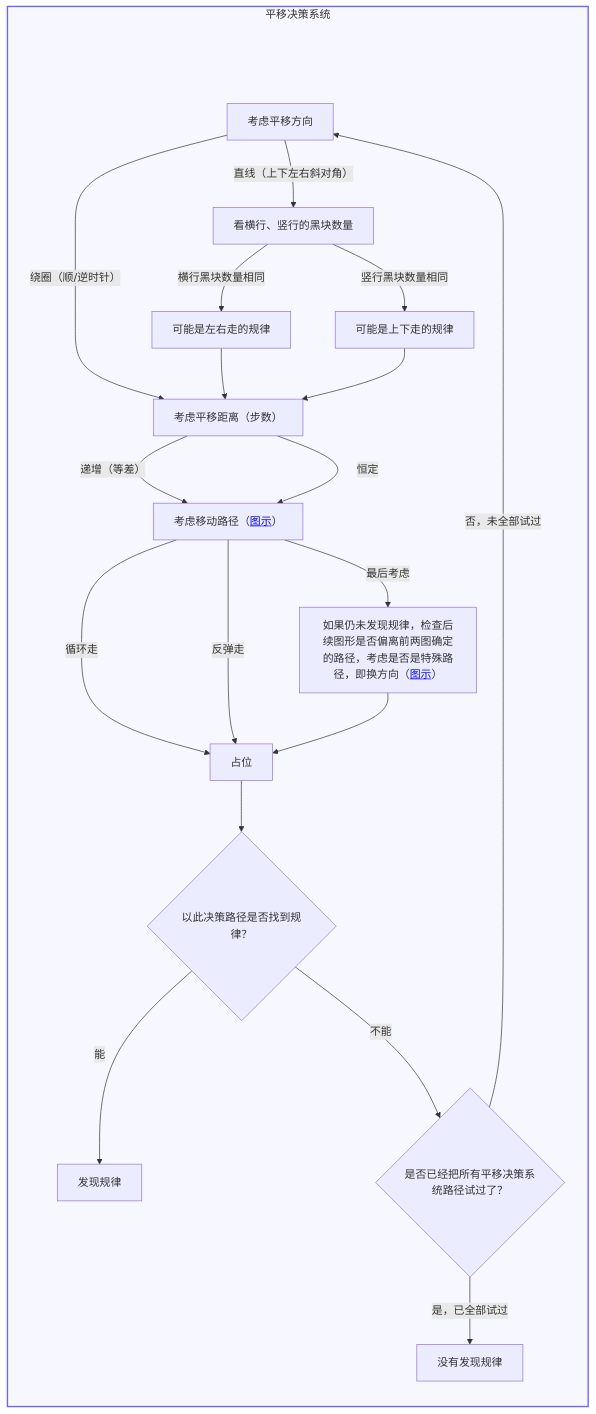
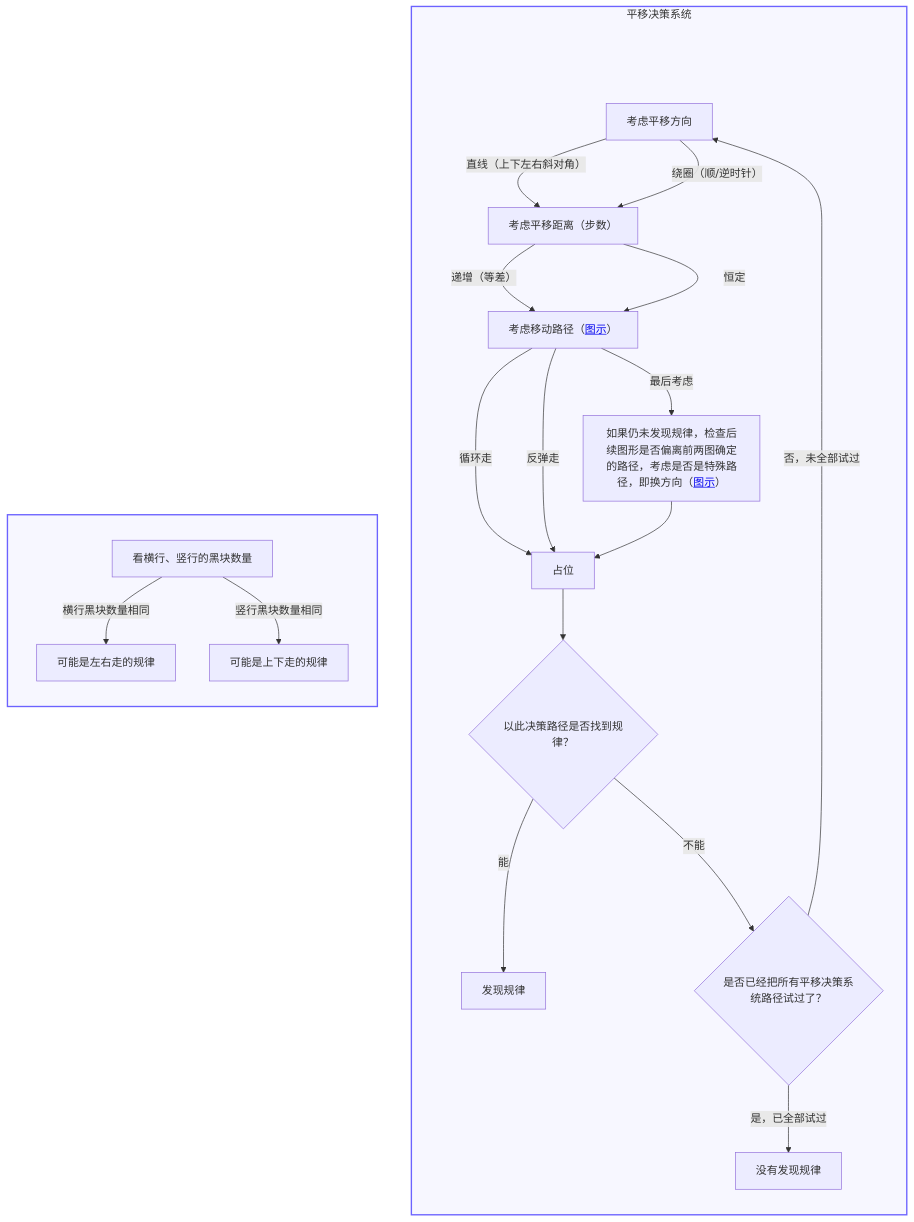
Before and after one commit to Qortired/Qortired.github.io: the diagram in mermaid/decision-systems/move-decision-system.md, drawn with Mermaid. The commit also changed 4 other files, not shown here.

````diff
--- a/mermaid/decision-systems/move-decision-system.md
+++ b/mermaid/decision-systems/move-decision-system.md
@@ -1,30 +1,35 @@
 ```mermaid
 graph TD
     subgraph MOVE["<span style='color:#d14b4b;font-weight:700'>平移决策系统</span>"]
         direction TB
         MOVE_PAD[" "]
         MOVE_PAD ~~~ AE["考虑平移方向"]
-        AE -->|直线（上下左右斜对角）| AA["看横行、竖行的黑块数量"]
-        AE -->|绕圈（顺/逆时针）| AF["考虑平移距离（步数）"]
-        AA -->|横行黑块数量相同| AB["可能是左右走的规律"]
-        AA -->|竖行黑块数量相同| AC["可能是上下走的规律"]
-        AB --> AF
-        AC --> AF
+        AE -->|直线（上下左右斜对角）| AF["考虑平移距离（步数）"]
+        AE -->|绕圈（顺/逆时针）| AF
 
         AG -->|循环走| MOVE_END["占位"]
         AG -->|反弹走| MOVE_END
         AG -->|最后考虑| AI["如果仍未发现规律，检查后续图形是否偏离前两图确定的路径，考虑是否是特殊路径，即换方向（<a href='../images/special-path-change-direction.png'>图示</a>）"]
         AF -->|递增（等差）| AG["考虑移动路径（<a href='../images/movement-path-cycle-rebound.png'>图示</a>）"]
         AF -->|恒定| AG
         AI --> MOVE_END
 
         MOVE_END --> AQ{"以此决策路径是否找到规律？"}
         AQ -->|能| AK["发现规律"]
         AQ -->|不能| AR{"是否已经把所有平移决策系统路径试过了？"}
         AR -->|否，未全部试过| AE
         AR -->|是，已全部试过| AS["没有发现规律"]
     end
 
     style MOVE fill:#f7f7ff,stroke:#6c63ff,stroke-width:2px
     style MOVE_PAD fill:transparent,stroke:transparent,color:transparent
+
+    subgraph LINEAR[" "]
+        direction TB
+        LINEAR_ENTRY["看横行、竖行的黑块数量"]
+        LINEAR_ENTRY -->|横行黑块数量相同| AB["可能是左右走的规律"]
+        LINEAR_ENTRY -->|竖行黑块数量相同| AC["可能是上下走的规律"]
+    end
+
+    style LINEAR fill:#f7f7ff,stroke:#6c63ff,stroke-width:2px
 ```
````
